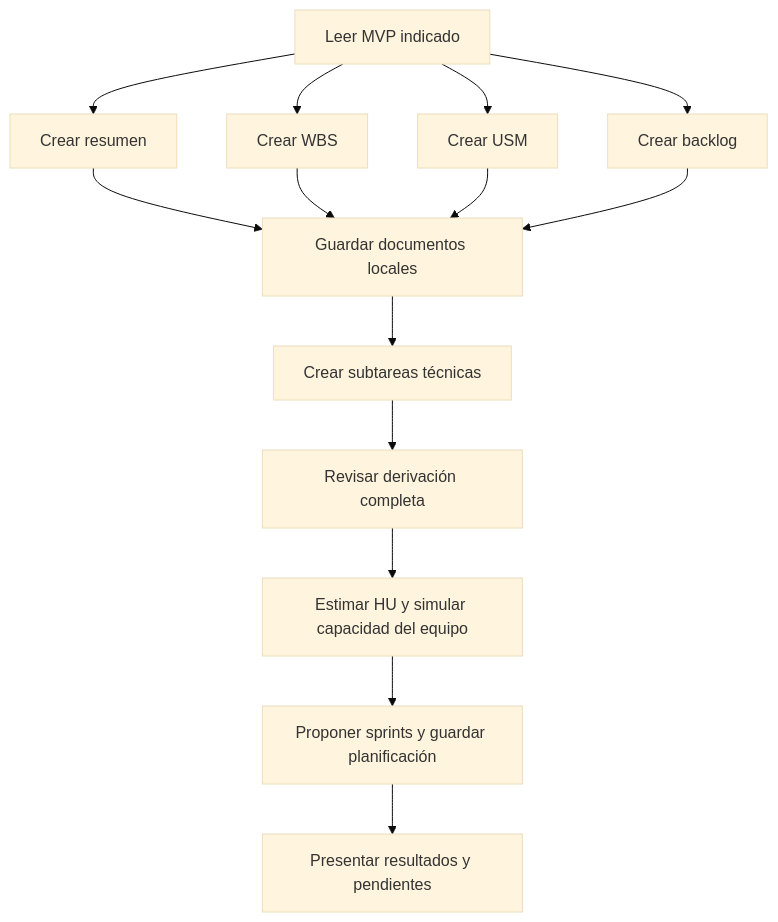
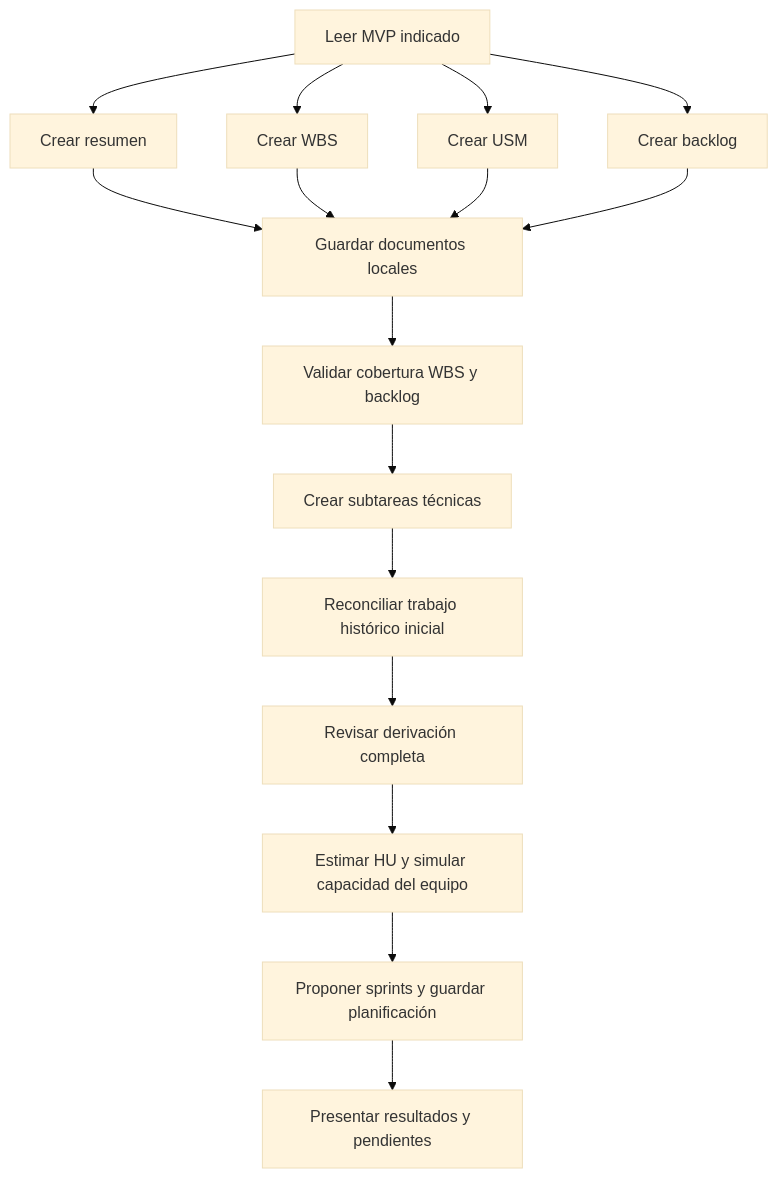
Before and after one commit to portomartin/9524: the diagram in skills/derivar-planificacion-mvp/SKILL.md, drawn with Mermaid (base theme). The commit also changed other lines of this file and 9 other files, not shown here.

Commit message:
Ajustar derivación y preservar mapeo histórico en Jira

````diff
--- a/skills/derivar-planificacion-mvp/SKILL.md
+++ b/skills/derivar-planificacion-mvp/SKILL.md
@@ -12,16 +12,18 @@
 ```mermaid
 flowchart TD
     A[Leer MVP indicado] --> B[Crear resumen]
     A --> C[Crear WBS]
     A --> D[Crear USM]
     A --> E[Crear backlog]
     B --> F[Guardar documentos locales]
     C --> F
     D --> F
     E --> F
-    F --> G[Crear subtareas técnicas]
-    G --> H[Revisar derivación completa]
-    H --> I[Estimar HU y simular capacidad del equipo]
-    I --> J[Proponer sprints y guardar planificación]
-    J --> K[Presentar resultados y pendientes]
+    F --> G[Validar cobertura WBS y backlog]
+    G --> H[Crear subtareas técnicas]
+    H --> I[Reconciliar trabajo histórico inicial]
+    I --> J[Revisar derivación completa]
+    J --> K[Estimar HU y simular capacidad del equipo]
+    K --> L[Proponer sprints y guardar planificación]
+    L --> M[Presentar resultados y pendientes]
 ```
````
